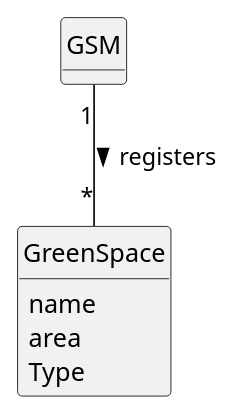
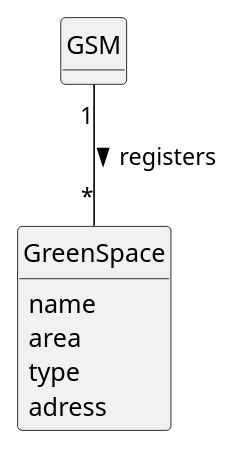
One commit to Departamento-de-Engenharia-Informatica/lei-24-s2-1dm-g132 changed the diagram in docs/sprintC/us020/02.analysis/puml/us020-domain-model.puml. Above: the diagram before and after it, drawn with PlantUML. The commit also changed 3 other files, not shown here.

```diff
--- a/docs/sprintC/us020/02.analysis/puml/us020-domain-model.puml
+++ b/docs/sprintC/us020/02.analysis/puml/us020-domain-model.puml
@@ -1,23 +1,25 @@
 @startuml
 skinparam monochrome true
 skinparam packageStyle rectangle
 skinparam shadowing false
 
 skinparam classAttributeIconSize 0
 
 hide circle
 hide methods
 
 
 class GSM {
 }
 
 class GreenSpace {
     name
     area
-    Type
+    type
+    adress
+
 }
 
 GSM "1" -- "*" GreenSpace : registers >
 
 @enduml
```
